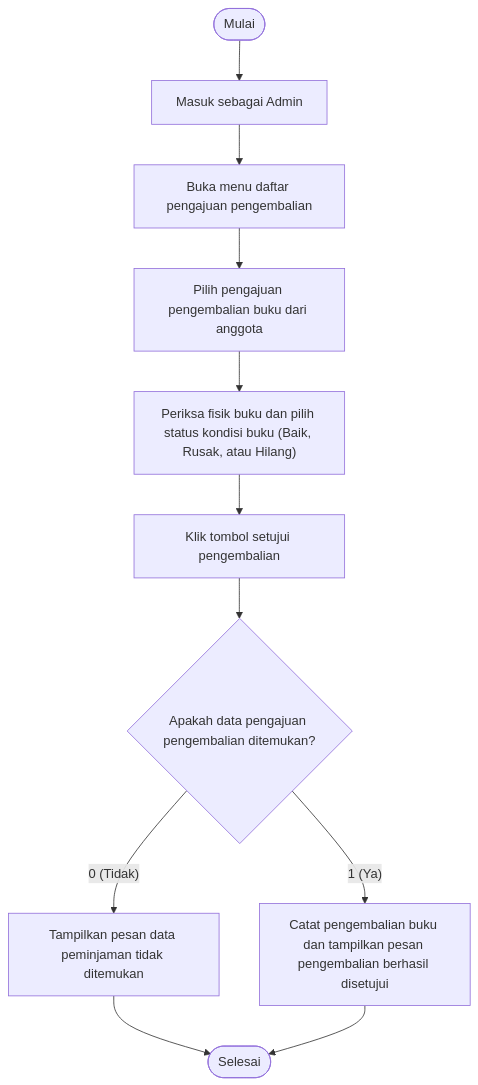
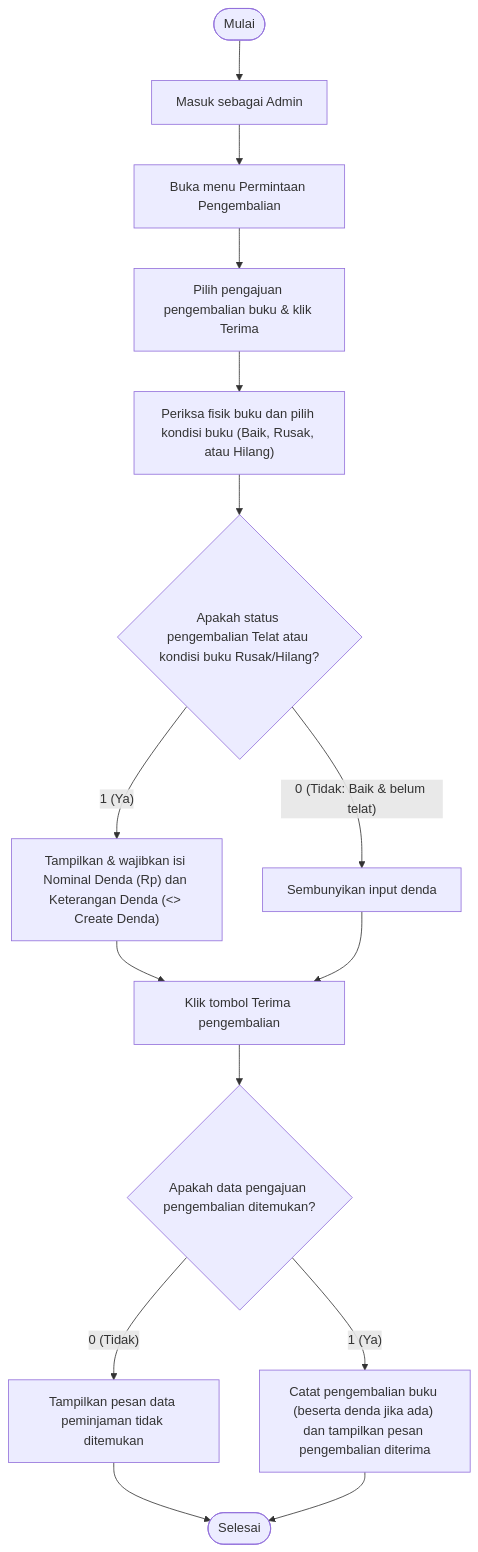
The diagram in docs/uml/src/diagrams/list-diagrams/flowchart-acceptpengembalian.mmd (dimstyle/ruang-baca), drawn with Mermaid before and after one commit. The commit also changed 13 other files, not shown here.

Commit message:
refactor(ui,uml): restore denda page for read/update and make create denda extend accept pengembalian

```diff
--- a/docs/uml/src/diagrams/list-diagrams/flowchart-acceptpengembalian.mmd
+++ b/docs/uml/src/diagrams/list-diagrams/flowchart-acceptpengembalian.mmd
@@ -1,11 +1,15 @@
 flowchart TD
     start(["Mulai"]) --> loginAdmin["Masuk sebagai Admin"]
-    loginAdmin --> openReq["Buka menu daftar pengajuan pengembalian"]
-    openReq --> selectReq["Pilih pengajuan pengembalian buku dari anggota"]
-    selectReq --> checkCond["Periksa fisik buku dan pilih status kondisi buku (Baik, Rusak, atau Hilang)"]
-    checkCond --> clickApprove["Klik tombol setujui pengembalian"]
+    loginAdmin --> openReq["Buka menu Permintaan Pengembalian"]
+    openReq --> selectReq["Pilih pengajuan pengembalian buku & klik Terima"]
+    selectReq --> checkCond["Periksa fisik buku dan pilih kondisi buku (Baik, Rusak, atau Hilang)"]
+    checkCond --> checkNeedFine{"Apakah status pengembalian Telat atau kondisi buku Rusak/Hilang?"}
+    checkNeedFine -->|"1 (Ya)"| inputFine["Tampilkan & wajibkan isi Nominal Denda (Rp) dan Keterangan Denda (<<extend>> Create Denda)"]
+    checkNeedFine -->|"0 (Tidak: Baik & belum telat)"| hideFine["Sembunyikan input denda"]
+    inputFine --> clickApprove["Klik tombol Terima pengembalian"]
+    hideFine --> clickApprove
     clickApprove --> checkFound{"Apakah data pengajuan pengembalian ditemukan?"}
     checkFound -->|"0 (Tidak)"| notFound["Tampilkan pesan data peminjaman tidak ditemukan"]
     notFound --> finish(["Selesai"])
-    checkFound -->|"1 (Ya)"| approved["Catat pengembalian buku dan tampilkan pesan pengembalian berhasil disetujui"]
+    checkFound -->|"1 (Ya)"| approved["Catat pengembalian buku (beserta denda jika ada) dan tampilkan pesan pengembalian diterima"]
     approved --> finish
```
